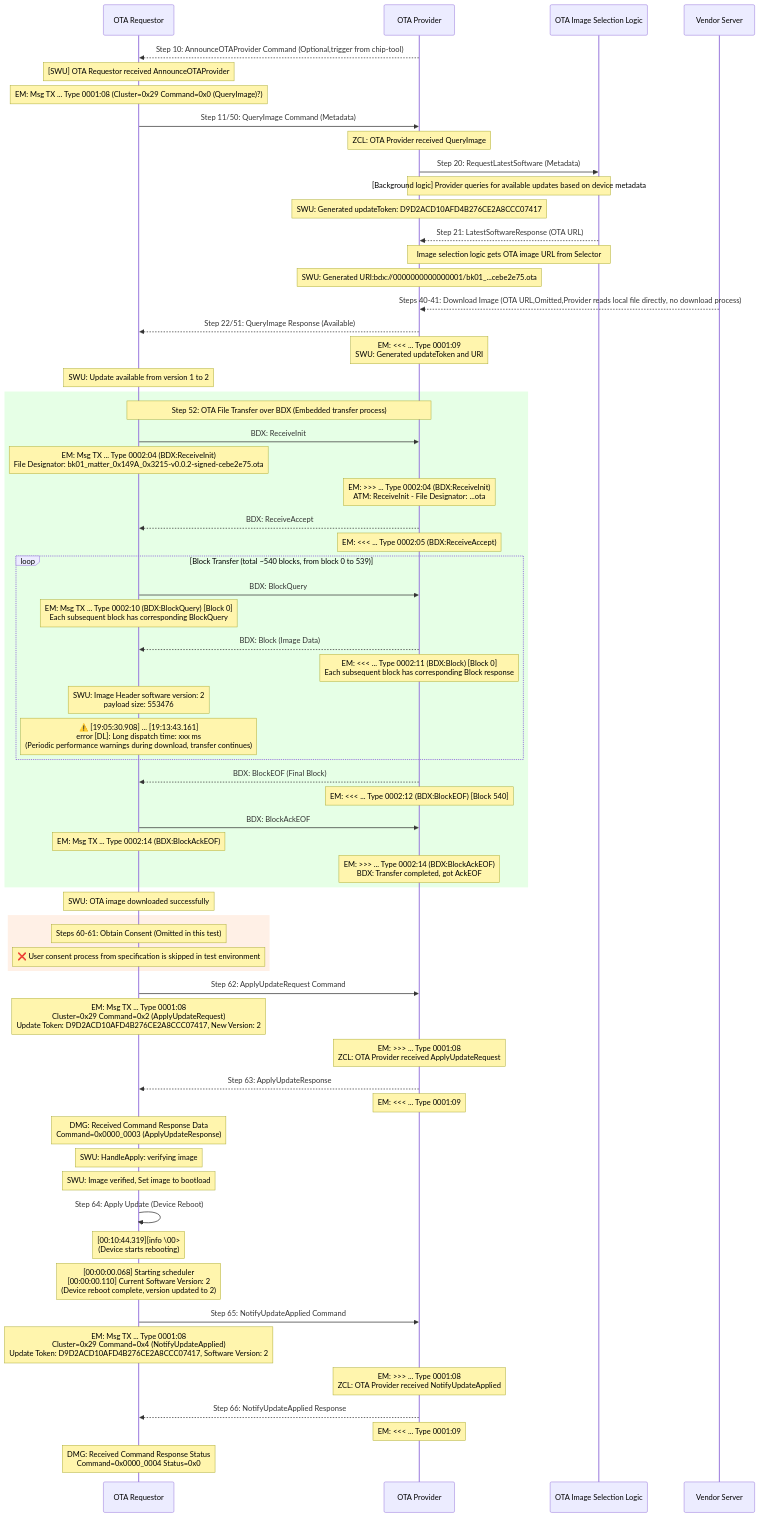
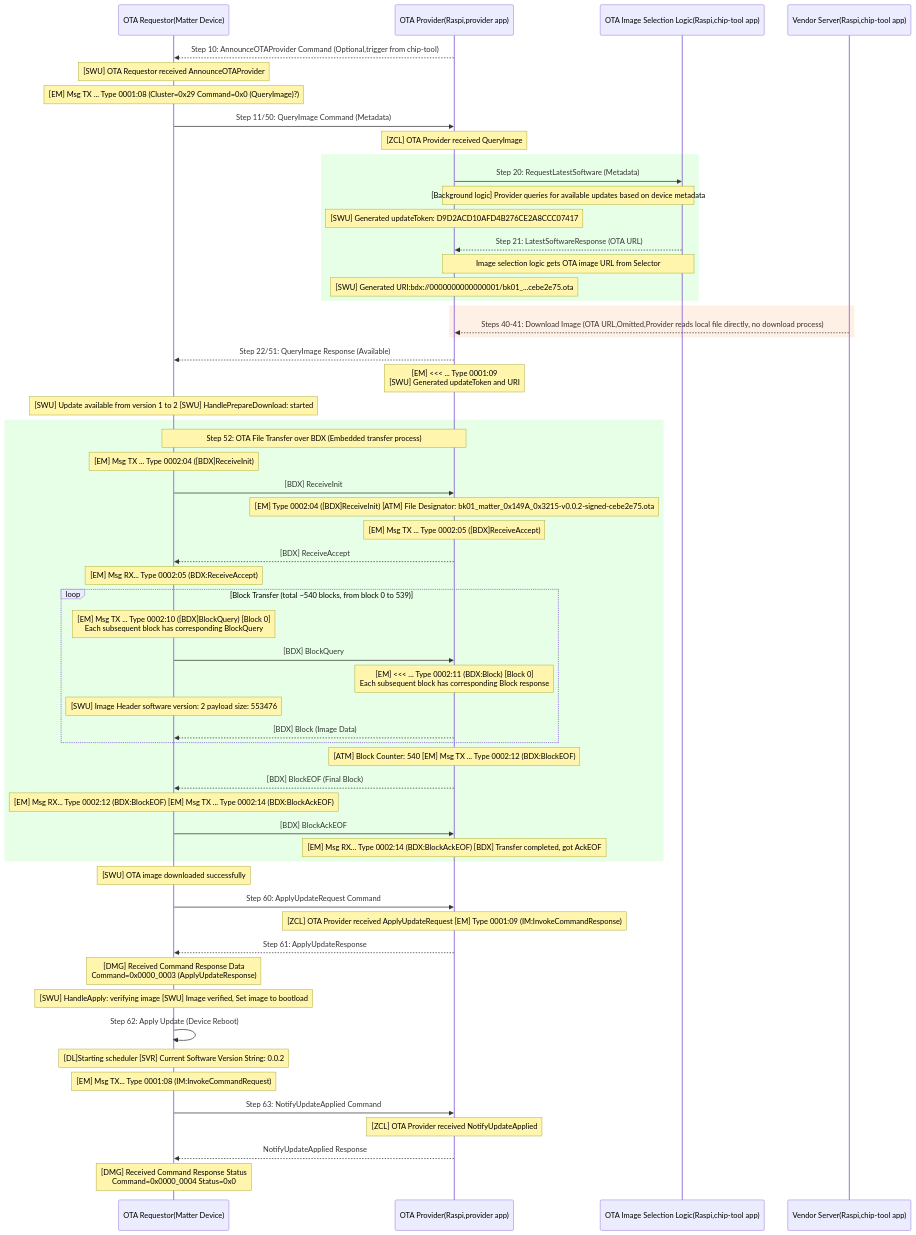
One commit to suhuide/h changed the diagram in files/matter/ota/ota-flow.md. Above: the diagram before and after it, drawn with Mermaid. The commit also changed 2 other files, not shown here.

````diff
--- a/files/matter/ota/ota-flow.md
+++ b/files/matter/ota/ota-flow.md
@@ -1,91 +1,79 @@
 ```mermaid
 sequenceDiagram
-    participant Requestor as OTA Requestor
-    participant Provider as OTA Provider
-    participant Selector as OTA Image Selection Logic
-    participant Vendor as Vendor Server
+    participant Requestor as OTA Requestor(Matter Device)
+    participant Provider as OTA Provider(Raspi,provider app)
+    participant Selector as OTA Image Selection Logic(Raspi,chip-tool app)
+    participant Vendor as Vendor Server(Raspi,chip-tool app)
 
     Provider-->>Requestor: Step 10: AnnounceOTAProvider Command (Optional,trigger from chip-tool)
     Note over Requestor: [SWU] OTA Requestor received AnnounceOTAProvider
 
 
     
-    Note over Requestor: EM: Msg TX ... Type 0001:08 (Cluster=0x29 Command=0x0 (QueryImage)?)
+    Note over Requestor: [EM] Msg TX ... Type 0001:08 (Cluster=0x29 Command=0x0 (QueryImage)?)
     Requestor->>Provider: Step 11/50: QueryImage Command (Metadata)
-    Note over Provider: ZCL: OTA Provider received QueryImage
-
-    Provider->>Selector: Step 20: RequestLatestSoftware (Metadata)
-    Note over Provider,Selector: [Background logic] Provider queries for available updates based on device metadata
-    Note over Provider: SWU: Generated updateToken: D9D2ACD10AFD4B276CE2A8CCC07417
-    
-    Selector-->>Provider: Step 21: LatestSoftwareResponse (OTA URL)
-    Note over Selector,Provider: Image selection logic gets OTA image URL from Selector
-    Note over Provider: SWU: Generated URI:bdx://0000000000000001/bk01_...cebe2e75.ota
-    
-    Vendor-->>Provider: Steps 40-41: Download Image (OTA URL,Omitted,Provider reads local file directly, no download process)
-
+    Note over Provider: [ZCL] OTA Provider received QueryImage
+    rect rgb(230, 255, 230)
+        Provider->>Selector: Step 20: RequestLatestSoftware (Metadata)
+        Note over Provider,Selector: [Background logic] Provider queries for available updates based on device metadata
+        Note over Provider: [SWU] Generated updateToken: D9D2ACD10AFD4B276CE2A8CCC07417
+        
+        Selector-->>Provider: Step 21: LatestSoftwareResponse (OTA URL)
+        Note over Selector,Provider: Image selection logic gets OTA image URL from Selector
+        Note over Provider: [SWU] Generated URI:bdx://0000000000000001/bk01_...cebe2e75.ota
+    end
+    rect rgb(255, 240, 230)
+        Vendor-->>Provider: Steps 40-41: Download Image (OTA URL,Omitted,Provider reads local file directly, no download process)
+    end
 
     Provider-->>Requestor: Step 22/51: QueryImage Response (Available)
-    Note over Provider: EM: <<< ... Type 0001:09 <br/> SWU: Generated updateToken and URI
-    Note over Requestor: SWU: Update available from version 1 to 2
+    Note over Provider: [EM] <<< ... Type 0001:09 <br/> [SWU] Generated updateToken and URI
+    Note over Requestor: [SWU] Update available from version 1 to 2 [SWU] HandlePrepareDownload: started
 
     rect rgb(230, 255, 230)
         Note over Requestor,Provider: Step 52: OTA File Transfer over BDX (Embedded transfer process)
+
+        Note over Requestor: [EM] Msg TX ... Type 0002:04 ([BDX]ReceiveInit)
+        Requestor->>Provider: [BDX] ReceiveInit
+        Note over Provider: [EM] Type 0002:04 ([BDX]ReceiveInit) [ATM] File Designator: bk01_matter_0x149A_0x3215-v0.0.2-signed-cebe2e75.ota
         
-        Requestor->>Provider: BDX: ReceiveInit
-        Note over Requestor: EM: Msg TX ... Type 0002:04 (BDX:ReceiveInit)<br/>File Designator: bk01_matter_0x149A_0x3215-v0.0.2-signed-cebe2e75.ota
-        Note over Provider: EM: >>> ... Type 0002:04 (BDX:ReceiveInit)<br/>ATM: ReceiveInit - File Designator: ...ota
-        
-        Provider-->>Requestor: BDX: ReceiveAccept
-        Note over Provider: EM: <<< ... Type 0002:05 (BDX:ReceiveAccept)
+        Note over Provider: [EM] Msg TX ... Type 0002:05 ([BDX]ReceiveAccept)
+        Provider-->>Requestor: [BDX] ReceiveAccept
+        Note over Requestor:[EM] Msg RX... Type 0002:05 (BDX:ReceiveAccept) 
 
         loop Block Transfer (total ~540 blocks, from block 0 to 539)
-            Requestor->>Provider: BDX: BlockQuery
-            Note over Requestor: EM: Msg TX ... Type 0002:10 (BDX:BlockQuery) [Block 0]<br/>Each subsequent block has corresponding BlockQuery
             
-            Provider-->>Requestor: BDX: Block (Image Data)
-            Note over Provider: EM: <<< ... Type 0002:11 (BDX:Block) [Block 0]<br/>Each subsequent block has corresponding Block response
-            
-            Note over Requestor: SWU: Image Header software version: 2 <br/> payload size: 553476
-            Note over Requestor: ⚠️ [19:05:30.908] ... [19:13:43.161] <br/> error [DL]: Long dispatch time: xxx ms<br/>(Periodic performance warnings during download, transfer continues)
+            Note over Requestor: [EM] Msg TX ... Type 0002:10 ([BDX]BlockQuery) [Block 0]<br/>Each subsequent block has corresponding BlockQuery
+            Requestor->>Provider: [BDX] BlockQuery
+            Note over Provider: [EM] <<< ... Type 0002:11 (BDX:Block) [Block 0]<br/>Each subsequent block has corresponding Block response
+            Note over Requestor:[SWU] Image Header software version: 2 payload size: 553476
+            Provider-->>Requestor: [BDX] Block (Image Data)
         end
 
-        Provider-->>Requestor: BDX: BlockEOF (Final Block)
-        Note over Provider: EM: <<< ... Type 0002:12 (BDX:BlockEOF) [Block 540]
+        Note over Provider: [ATM] Block Counter: 540 [EM] Msg TX ... Type 0002:12 (BDX:BlockEOF)
+        Provider-->>Requestor: [BDX] BlockEOF (Final Block)
 
-        Requestor->>Provider: BDX: BlockAckEOF
-        Note over Requestor: EM: Msg TX ... Type 0002:14 (BDX:BlockAckEOF)
-        Note over Provider: EM: >>> ... Type 0002:14 (BDX:BlockAckEOF)<br/>BDX: Transfer completed, got AckEOF
+        Note over Requestor: [EM] Msg RX... Type 0002:12 (BDX:BlockEOF) [EM] Msg TX ... Type 0002:14 (BDX:BlockAckEOF)
+        Requestor->>Provider: [BDX] BlockAckEOF
+        Note over Provider: [EM] Msg RX... Type 0002:14 (BDX:BlockAckEOF) [BDX] Transfer completed, got AckEOF
     end
 
-    Note over Requestor: SWU: OTA image downloaded successfully
+    Note over Requestor: [SWU] OTA image downloaded successfully
 
-    rect rgb(255, 240, 230)
-        Note over Requestor: Steps 60-61: Obtain Consent (Omitted in this test)
-        Note over Requestor: ❌ User consent process from specification is skipped in test environment
+    Requestor->>Provider: Step 60: ApplyUpdateRequest Command
+    Note over Provider: [ZCL] OTA Provider received ApplyUpdateRequest [EM] Type 0001:09 (IM:InvokeCommandResponse)
+    Provider-->>Requestor: Step 61: ApplyUpdateResponse    
+    Note over Requestor: [DMG] Received Command Response Data<br/>Command=0x0000_0003 (ApplyUpdateResponse)
 
-    end
+    Note over Requestor: [SWU] HandleApply: verifying image [SWU] Image verified, Set image to bootload
 
-    Requestor->>Provider: Step 62: ApplyUpdateRequest Command
-    Note over Requestor: EM: Msg TX ... Type 0001:08 <br/> Cluster=0x29 Command=0x2 (ApplyUpdateRequest)<br/>Update Token: D9D2ACD10AFD4B276CE2A8CCC07417, New Version: 2
-    Note over Provider: EM: >>> ... Type 0001:08 <br/> ZCL: OTA Provider received ApplyUpdateRequest
+    Requestor->>Requestor: Step 62: Apply Update (Device Reboot)
+    Note over Requestor: [DL]Starting scheduler [SVR] Current Software Version String: 0.0.2
 
-    Provider-->>Requestor: Step 63: ApplyUpdateResponse
-    Note over Provider: EM: <<< ... Type 0001:09
-    Note over Requestor: DMG: Received Command Response Data<br/>Command=0x0000_0003 (ApplyUpdateResponse)
+    Note over Requestor: [EM] Msg TX... Type 0001:08 (IM:InvokeCommandRequest)
+    Requestor->>Provider: Step 63: NotifyUpdateApplied Command
+    Note over Provider: [ZCL] OTA Provider received NotifyUpdateApplied
 
-    Note over Requestor: SWU: HandleApply: verifying image
-    Note over Requestor: SWU: Image verified, Set image to bootload
-
-    Requestor->>Requestor: Step 64: Apply Update (Device Reboot)
-    Note over Requestor: [00:10:44.319][info \00> <br/>(Device starts rebooting)
-    Note over Requestor: [00:00:00.068] Starting scheduler<br/>[00:00:00.110] Current Software Version: 2<br/>(Device reboot complete, version updated to 2)
-
-    Requestor->>Provider: Step 65: NotifyUpdateApplied Command
-    Note over Requestor: EM: Msg TX ... Type 0001:08 <br/> Cluster=0x29 Command=0x4 (NotifyUpdateApplied)<br/>Update Token: D9D2ACD10AFD4B276CE2A8CCC07417, Software Version: 2
-    Note over Provider: EM: >>> ... Type 0001:08 <br/> ZCL: OTA Provider received NotifyUpdateApplied
-
-    Provider-->>Requestor: Step 66: NotifyUpdateApplied Response
-    Note over Provider: EM: <<< ... Type 0001:09
-    Note over Requestor: DMG: Received Command Response Status<br/>Command=0x0000_0004 Status=0x0
+    Provider-->>Requestor: NotifyUpdateApplied Response
+    Note over Requestor: [DMG] Received Command Response Status<br/>Command=0x0000_0004 Status=0x0
 ```
````
